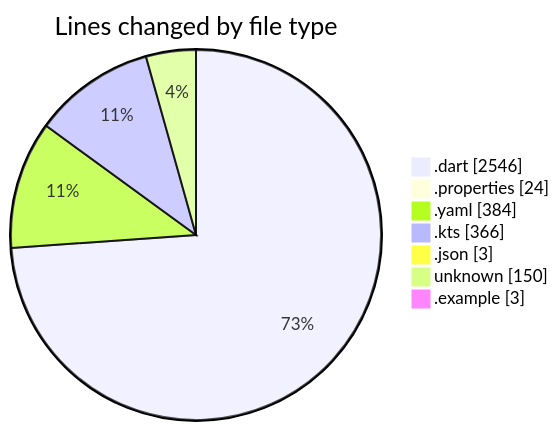
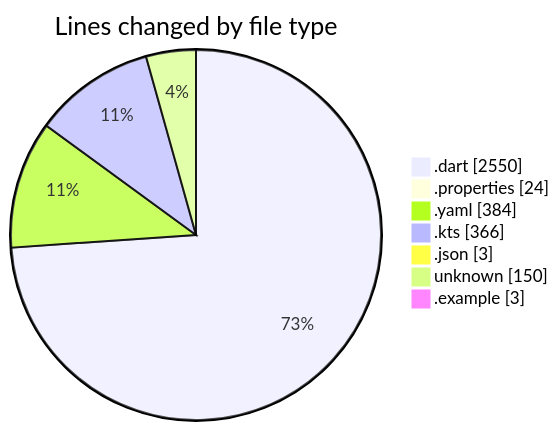
One commit to donsfak/code-tracking changed the first of 2 diagrams in 2025-10-31/weather_insights_app/README.md. Above: the diagram before and after it, drawn with Mermaid. The commit also changed other lines of this file and 1 other file, not shown here.

````diff
--- a/2025-10-31/weather_insights_app/README.md
+++ b/2025-10-31/weather_insights_app/README.md
@@ -35,11 +35,11 @@
 ```mermaid
 pie showData
 title Lines changed by file type
-".dart" : 2546
+".dart" : 2550
 ".properties" : 24
 ".yaml" : 384
 ".kts" : 366
 ".json" : 3
 "unknown" : 150
 ".example" : 3
 ```
````
